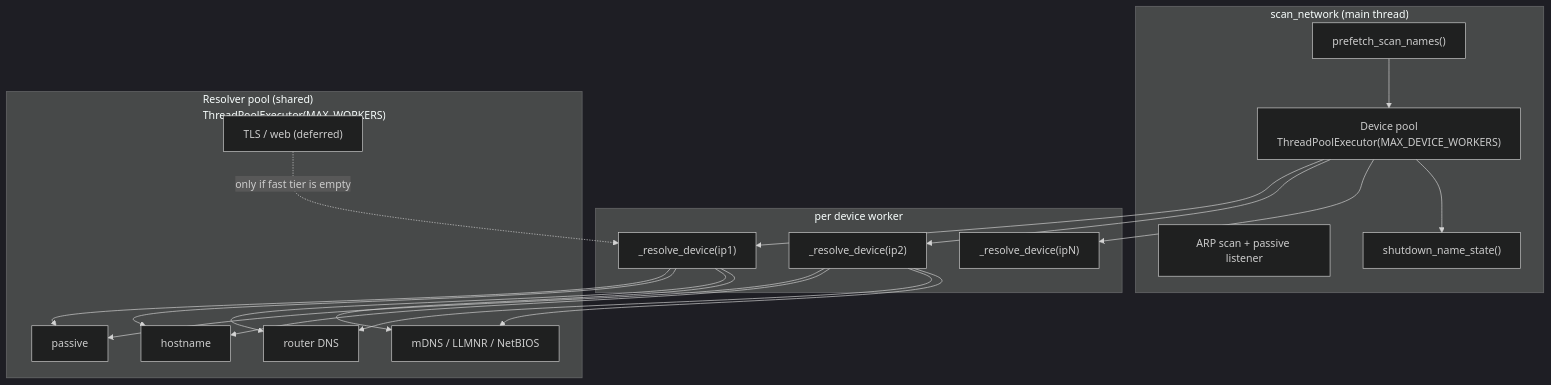
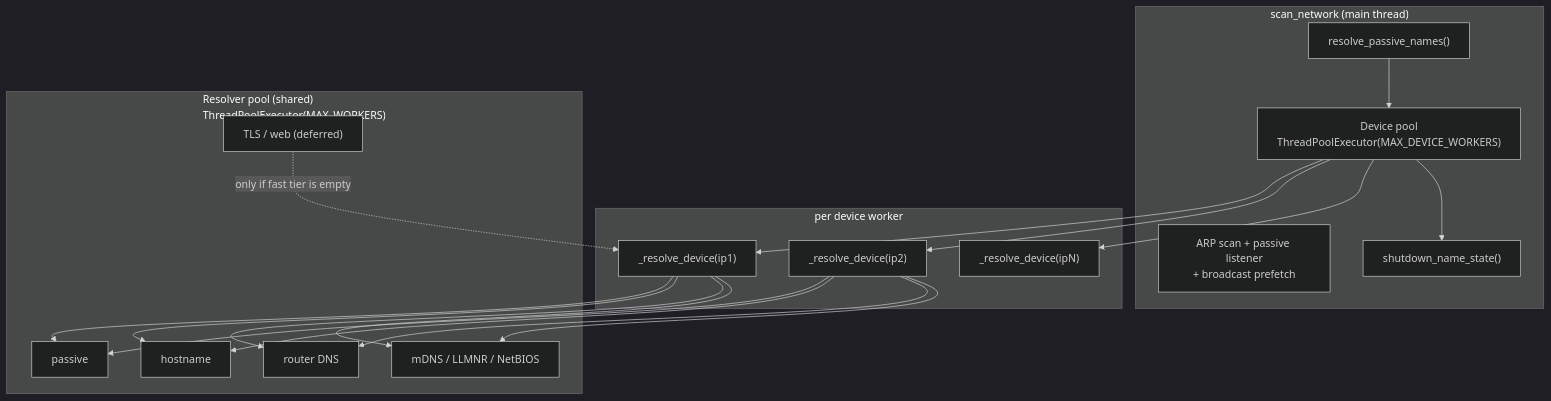
The first of 5 diagrams in docs/concurrency.md (madole/lantern), drawn with Mermaid (dark theme) before and after one commit. The commit also changed other lines of this file and 14 other files, not shown here.

````diff
--- a/docs/concurrency.md
+++ b/docs/concurrency.md
@@ -66,38 +66,38 @@
 ```mermaid
 flowchart TB
     subgraph main["scan_network (main thread)"]
-        ARP["ARP scan + passive listener"]
-        PRE["prefetch_scan_names()"]
+        ARP["ARP scan + passive listener<br/>+ broadcast prefetch"]
+        PRE["resolve_passive_names()"]
         DEV["Device pool<br/>ThreadPoolExecutor(MAX_DEVICE_WORKERS)"]
         DRAIN["shutdown_name_state()"]
     end
 
     subgraph devpool["per device worker"]
         D1["_resolve_device(ip1)"]
         D2["_resolve_device(ip2)"]
         D3["_resolve_device(ipN)"]
     end
 
     subgraph namepool["Resolver pool (shared)<br/>ThreadPoolExecutor(MAX_WORKERS)"]
         S1["passive"]
         S2["hostname"]
         S3["router DNS"]
         S4["mDNS / LLMNR / NetBIOS"]
         S5["TLS / web (deferred)"]
     end
 
     PRE --> DEV
     DEV --> D1
     DEV --> D2
     DEV --> D3
     D1 --> S1
     D1 --> S2
     D1 --> S3
     D1 --> S4
     D2 --> S1
     D2 --> S2
     D2 --> S3
     D2 --> S4
     S5 -.->|only if fast tier is empty| D1
     DEV --> DRAIN
 ```
````
